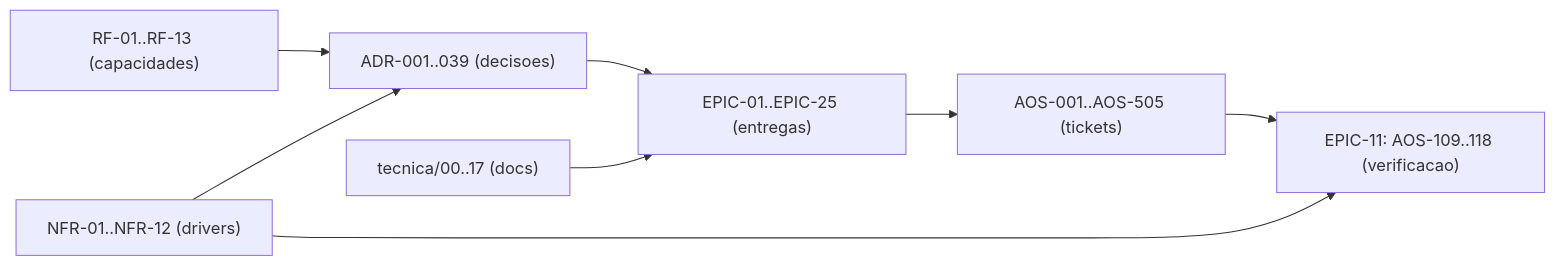
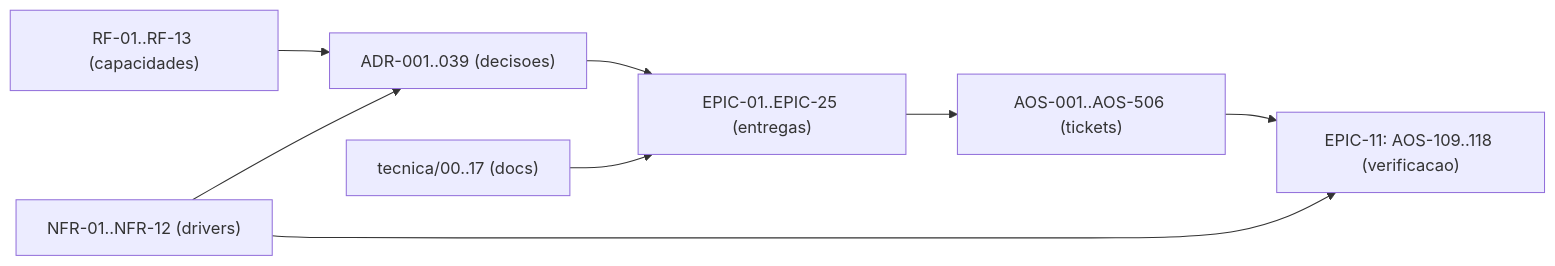
One commit to albinoJimy/aos changed the diagram in tecnica/16_Rastreabilidade_RTM.md. Above: the diagram before and after it, drawn with Mermaid. The commit also changed other lines of this file and 3 other files, not shown here.

````diff
--- a/tecnica/16_Rastreabilidade_RTM.md
+++ b/tecnica/16_Rastreabilidade_RTM.md
@@ -206,10 +206,10 @@
 ```mermaid
 flowchart LR
     RF["RF-01..RF-13 (capacidades)"] --> ADR["ADR-001..039 (decisoes)"]
     NFR["NFR-01..NFR-12 (drivers)"] --> ADR
     ADR --> EPIC["EPIC-01..EPIC-25 (entregas)"]
-    EPIC --> TICK["AOS-001..AOS-505 (tickets)"]
+    EPIC --> TICK["AOS-001..AOS-506 (tickets)"]
     DOC["tecnica/00..17 (docs)"] --> EPIC
     TICK --> TEST["EPIC-11: AOS-109..118 (verificacao)"]
     NFR --> TEST
 ```
````
